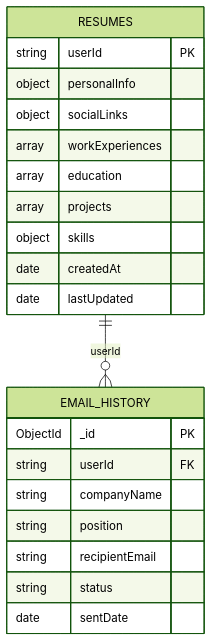
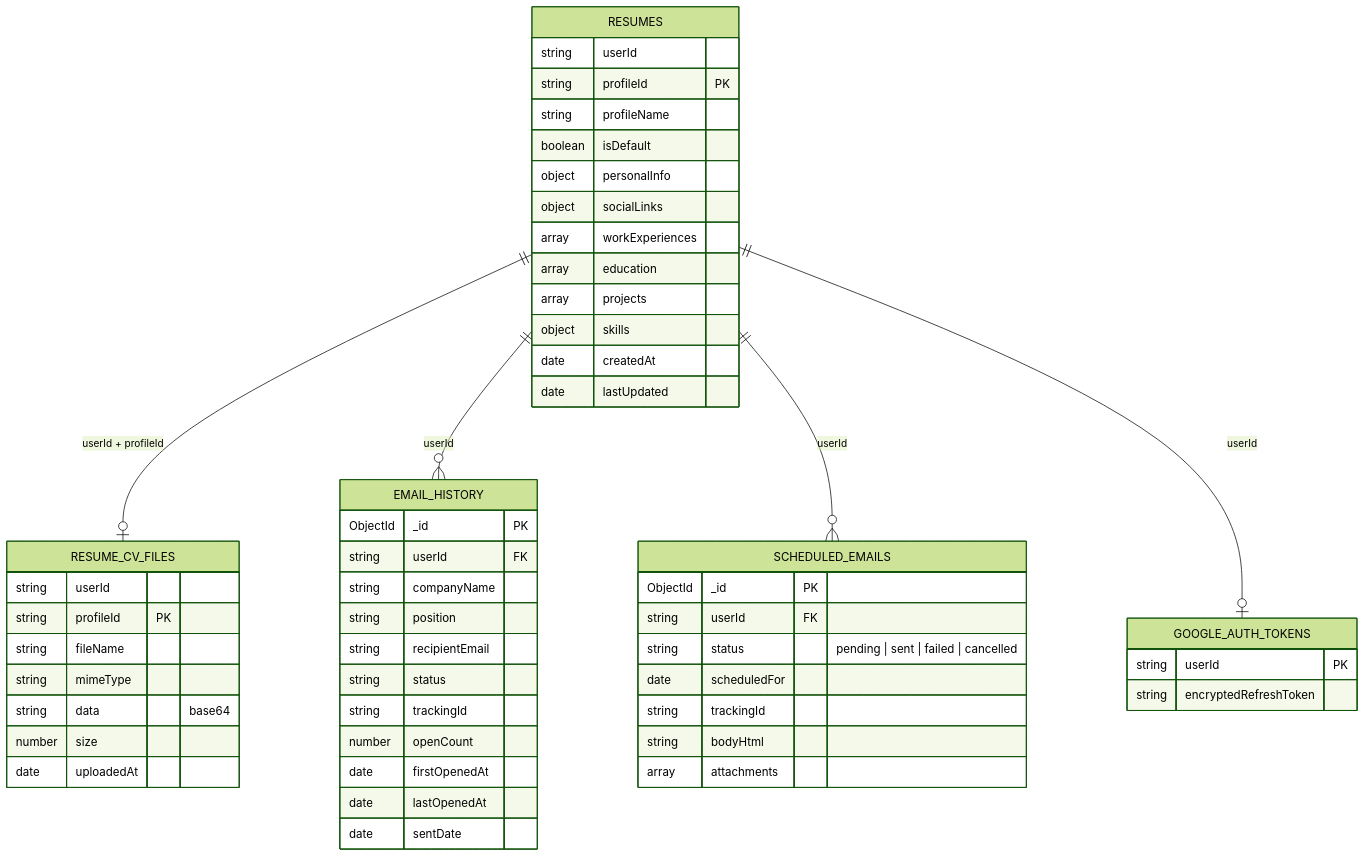
The third of 3 diagrams in README.md (ChamathDilshanC/Job_Email_Generator---Sender-Gmail-Outlook), drawn with Mermaid (forest theme) before and after one commit. The commit also changed other lines of this file, not shown here.

````diff
--- a/README.md
+++ b/README.md
@@ -109,24 +150,56 @@
 ```mermaid
 erDiagram
     RESUMES {
-        string userId PK
+        string userId
+        string profileId PK
+        string profileName
+        boolean isDefault
         object personalInfo
         object socialLinks
         array  workExperiences
         array  education
         array  projects
         object skills
         date   createdAt
         date   lastUpdated
     }
+    RESUME_CV_FILES {
+        string userId
+        string profileId PK
+        string fileName
+        string mimeType
+        string data "base64"
+        number size
+        date   uploadedAt
+    }
+    GOOGLE_AUTH_TOKENS {
+        string userId PK
+        string encryptedRefreshToken
+    }
     EMAIL_HISTORY {
         ObjectId _id PK
         string userId FK
         string companyName
         string position
         string recipientEmail
         string status
+        string trackingId
+        number openCount
+        date   firstOpenedAt
+        date   lastOpenedAt
         date   sentDate
     }
+    SCHEDULED_EMAILS {
+        ObjectId _id PK
+        string userId FK
+        string status "pending | sent | failed | cancelled"
+        date   scheduledFor
+        string trackingId
+        string bodyHtml
+        array  attachments
+    }
+    RESUMES ||--o| RESUME_CV_FILES : "userId + profileId"
     RESUMES ||--o{ EMAIL_HISTORY : "userId"
+    RESUMES ||--o{ SCHEDULED_EMAILS : "userId"
+    RESUMES ||--o| GOOGLE_AUTH_TOKENS : "userId"
 ```
````
